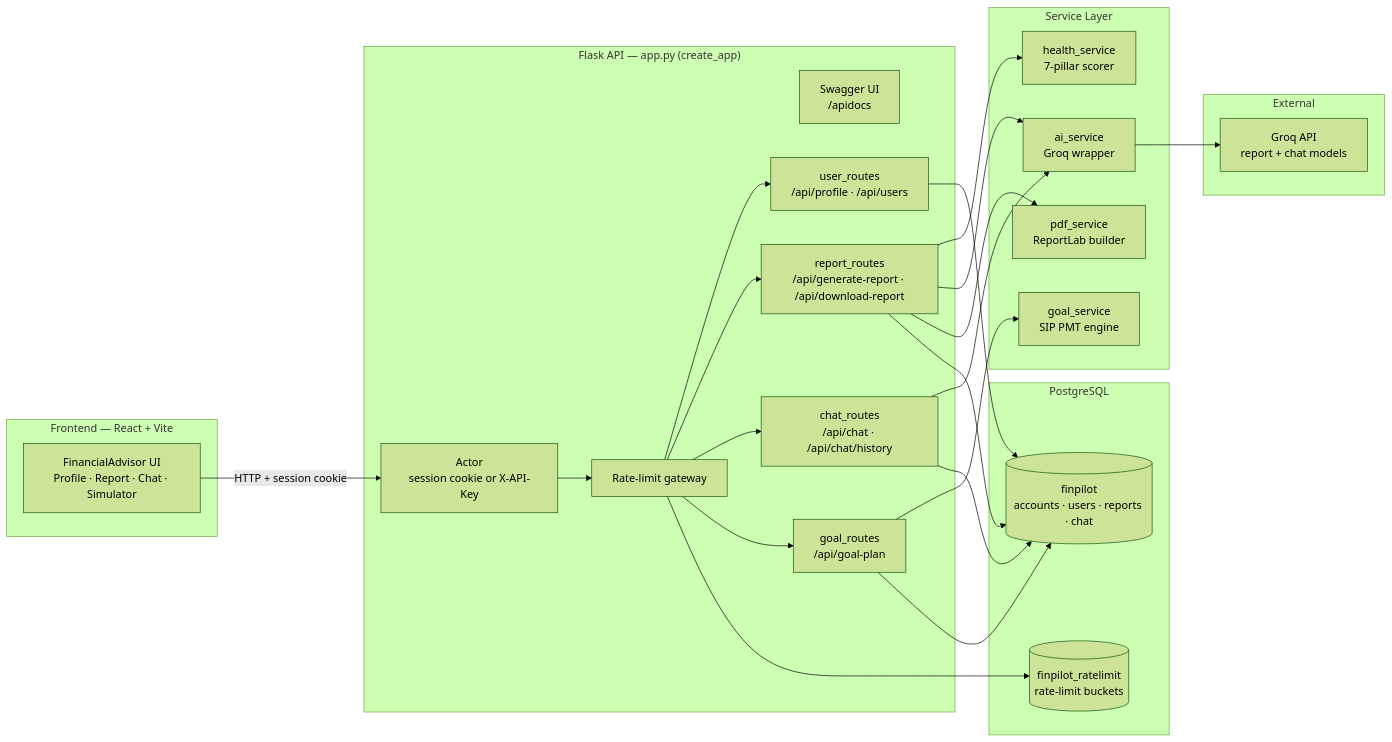
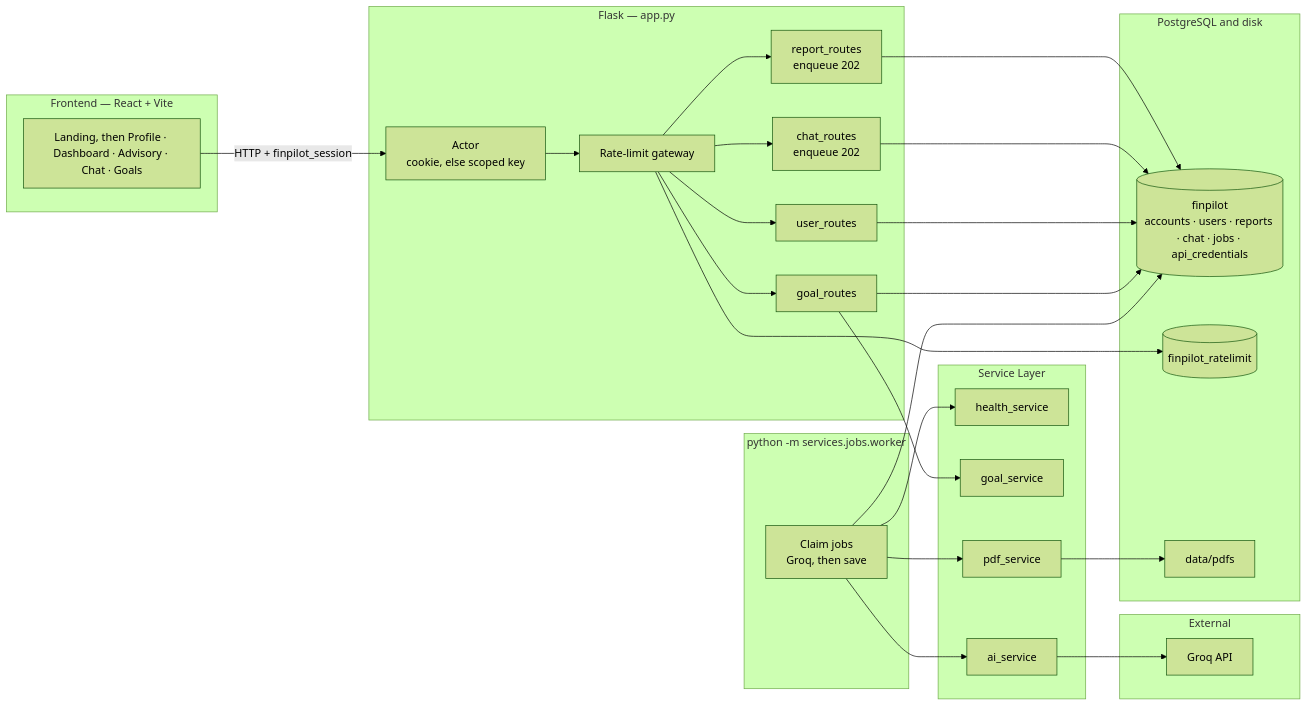
The first of 2 diagrams in README.md (ShantanuGarg2004/FinPilot), drawn with Mermaid (forest theme) before and after one commit. The commit also changed other lines of this file and 68 other files, not shown here.

First line of the commit message:
feat: queue Groq work and bind data routes to the signed-in account

````diff
--- a/README.md
+++ b/README.md
@@ -93,43 +94,50 @@
 ```mermaid
 flowchart LR
     subgraph CLIENT["Frontend — React + Vite"]
-        UI["FinancialAdvisor UI<br/>Profile · Report · Chat · Simulator"]
+        UI["Landing, then Profile · Dashboard · Advisory · Chat · Goals"]
     end
 
-    subgraph API["Flask API — app.py (create_app)"]
-        MW["Actor<br/>session cookie or X-API-Key"]
+    subgraph API["Flask — app.py"]
+        MW["Actor<br/>cookie, else scoped key"]
         RL["Rate-limit gateway"]
-        SW["Swagger UI<br/>/apidocs"]
-        UB["user_routes<br/>/api/profile · /api/users"]
-        RB["report_routes<br/>/api/generate-report · /api/download-report"]
-        CB["chat_routes<br/>/api/chat · /api/chat/history"]
-        GB["goal_routes<br/>/api/goal-plan"]
+        UB["user_routes"]
+        RB["report_routes<br/>enqueue 202"]
+        CB["chat_routes<br/>enqueue 202"]
+        GB["goal_routes"]
+    end
+
+    subgraph WORKER["python -m services.jobs.worker"]
+        JW["Claim jobs<br/>Groq, then save"]
     end
 
     subgraph SERVICES["Service Layer"]
-        HS["health_service<br/>7-pillar scorer"]
-        GS["goal_service<br/>SIP PMT engine"]
-        AS["ai_service<br/>Groq wrapper"]
-        PS["pdf_service<br/>ReportLab builder"]
+        HS["health_service"]
+        GS["goal_service"]
+        AS["ai_service"]
+        PS["pdf_service"]
     end
 
     subgraph EXTERNAL["External"]
-        OAI["Groq API<br/>report + chat models"]
+        OAI["Groq API"]
     end
 
-    subgraph DATA["PostgreSQL"]
-        DB[("finpilot<br/>accounts · users · reports · chat")]
-        RLDB[("finpilot_ratelimit<br/>rate-limit buckets")]
+    subgraph DATA["PostgreSQL and disk"]
+        DB[("finpilot<br/>accounts · users · reports · chat · jobs · api_credentials")]
+        RLDB[("finpilot_ratelimit")]
+        PDF["data/pdfs"]
     end
 
-    UI -- "HTTP + session cookie" --> MW
+    UI -- "HTTP + finpilot_session" --> MW
     MW --> RL
     RL --> UB & RB & CB & GB
-
     RL --> RLDB
+    RB --> DB
+    CB --> DB
     UB --> DB
-    RB --> HS & AS & PS & DB
-    CB --> AS & DB
     GB --> GS & DB
+    JW --> DB
+    JW --> AS
+    JW --> HS & PS
+    PS --> PDF
     AS --> OAI
 ```
````
